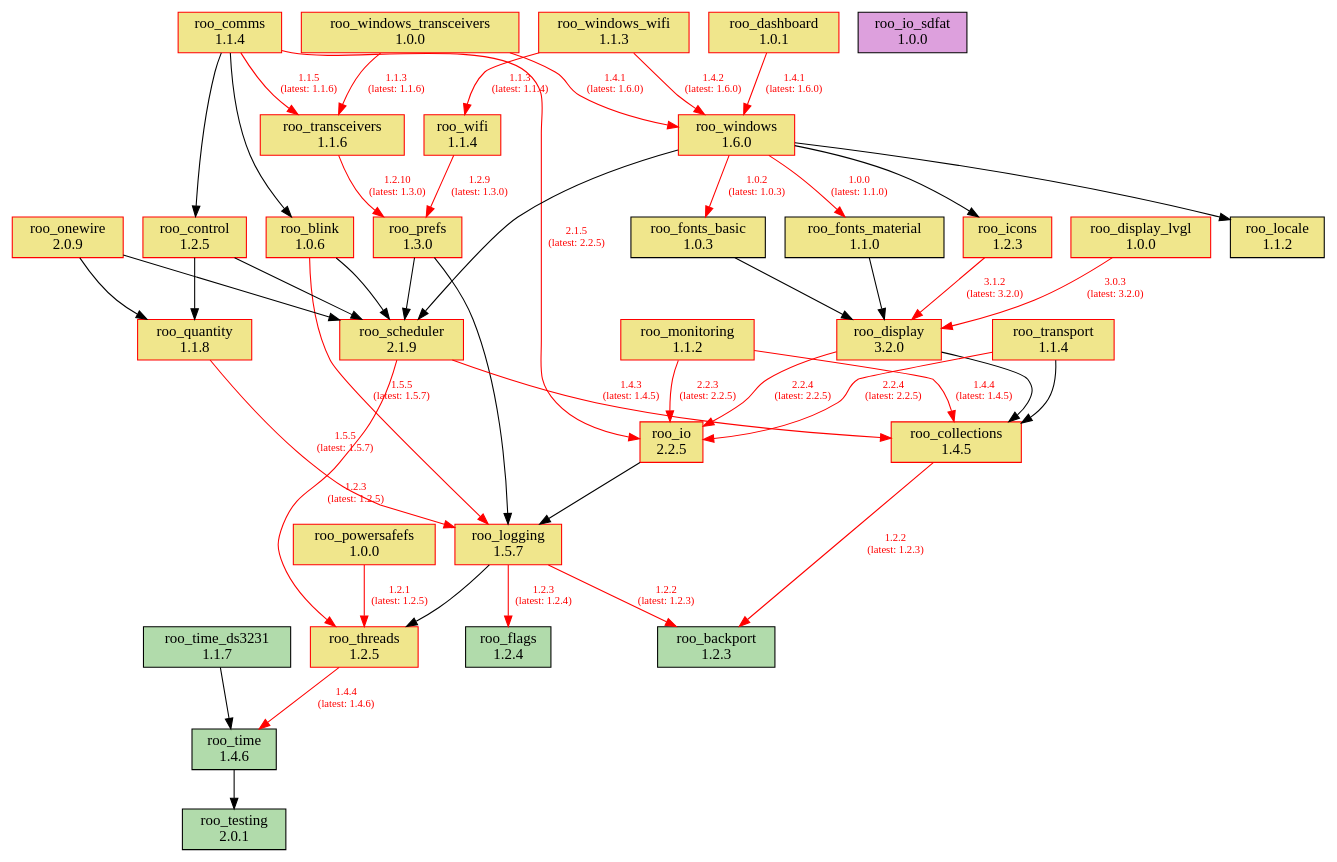
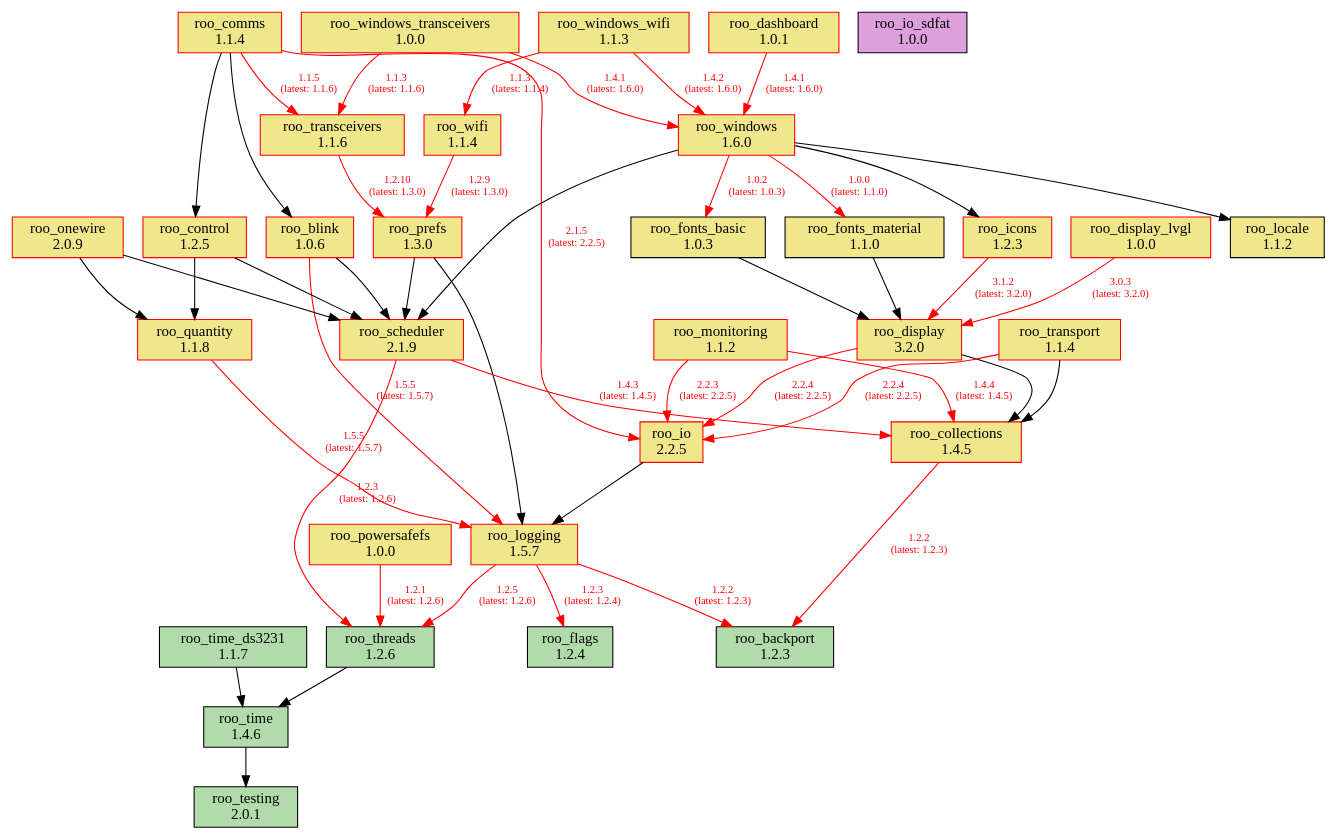
The diagram in doc/dependencies.dot (dejwk/roo-registry), drawn with Graphviz before and after one commit. The commit also changed 3 other files, not shown here.

Commit message:
Added roo_threads 1.2.6 to the registry.

```diff
--- a/doc/dependencies.dot
+++ b/doc/dependencies.dot
@@ -1,87 +1,87 @@
 digraph dependencies {
     rankdir=TB;
     node [shape=box, style=filled];
     edge [fontsize=10];
 
     // Modules
     "roo_backport" [label="roo_backport\n1.2.3", fillcolor="#b1dbab", color="black"];
     "roo_blink" [label="roo_blink\n1.0.6", fillcolor="khaki", color="red"];
     "roo_collections" [label="roo_collections\n1.4.5", fillcolor="khaki", color="red"];
     "roo_comms" [label="roo_comms\n1.1.4", fillcolor="khaki", color="red"];
     "roo_control" [label="roo_control\n1.2.5", fillcolor="khaki", color="red"];
     "roo_dashboard" [label="roo_dashboard\n1.0.1", fillcolor="khaki", color="red"];
     "roo_display" [label="roo_display\n3.2.0", fillcolor="khaki", color="red"];
     "roo_display_lvgl" [label="roo_display_lvgl\n1.0.0", fillcolor="khaki", color="red"];
     "roo_flags" [label="roo_flags\n1.2.4", fillcolor="#b1dbab", color="black"];
     "roo_fonts_basic" [label="roo_fonts_basic\n1.0.3", fillcolor="khaki", color="black"];
     "roo_fonts_material" [label="roo_fonts_material\n1.1.0", fillcolor="khaki", color="black"];
     "roo_icons" [label="roo_icons\n1.2.3", fillcolor="khaki", color="red"];
     "roo_io" [label="roo_io\n2.2.5", fillcolor="khaki", color="red"];
     "roo_io_sdfat" [label="roo_io_sdfat\n1.0.0", fillcolor="plum", color="black"];
     "roo_locale" [label="roo_locale\n1.1.2", fillcolor="khaki", color="black"];
     "roo_logging" [label="roo_logging\n1.5.7", fillcolor="khaki", color="red"];
     "roo_monitoring" [label="roo_monitoring\n1.1.2", fillcolor="khaki", color="red"];
     "roo_onewire" [label="roo_onewire\n2.0.9", fillcolor="khaki", color="red"];
     "roo_powersafefs" [label="roo_powersafefs\n1.0.0", fillcolor="khaki", color="red"];
     "roo_prefs" [label="roo_prefs\n1.3.0", fillcolor="khaki", color="red"];
     "roo_quantity" [label="roo_quantity\n1.1.8", fillcolor="khaki", color="red"];
     "roo_scheduler" [label="roo_scheduler\n2.1.9", fillcolor="khaki", color="red"];
     "roo_testing" [label="roo_testing\n2.0.1", fillcolor="#b1dbab", color="black"];
-    "roo_threads" [label="roo_threads\n1.2.5", fillcolor="khaki", color="red"];
+    "roo_threads" [label="roo_threads\n1.2.6", fillcolor="#b1dbab", color="black"];
     "roo_time" [label="roo_time\n1.4.6", fillcolor="#b1dbab", color="black"];
     "roo_time_ds3231" [label="roo_time_ds3231\n1.1.7", fillcolor="#b1dbab", color="black"];
     "roo_transceivers" [label="roo_transceivers\n1.1.6", fillcolor="khaki", color="red"];
     "roo_transport" [label="roo_transport\n1.1.4", fillcolor="khaki", color="red"];
     "roo_wifi" [label="roo_wifi\n1.1.4", fillcolor="khaki", color="red"];
     "roo_windows" [label="roo_windows\n1.6.0", fillcolor="khaki", color="red"];
     "roo_windows_transceivers" [label="roo_windows_transceivers\n1.0.0", fillcolor="khaki", color="red"];
     "roo_windows_wifi" [label="roo_windows_wifi\n1.1.3", fillcolor="khaki", color="red"];
 
     // Dependencies
     "roo_blink" -> "roo_logging" [color=red, fontcolor=red, label="1.5.5\n(latest: 1.5.7)"];
     "roo_blink" -> "roo_scheduler";
     "roo_collections" -> "roo_backport" [color=red, fontcolor=red, label="1.2.2\n(latest: 1.2.3)"];
     "roo_comms" -> "roo_blink";
     "roo_comms" -> "roo_control";
     "roo_comms" -> "roo_io" [color=red, fontcolor=red, label="2.1.5\n(latest: 2.2.5)"];
     "roo_comms" -> "roo_transceivers" [color=red, fontcolor=red, label="1.1.5\n(latest: 1.1.6)"];
     "roo_control" -> "roo_quantity";
     "roo_control" -> "roo_scheduler";
     "roo_dashboard" -> "roo_windows" [color=red, fontcolor=red, label="1.4.1\n(latest: 1.6.0)"];
     "roo_display" -> "roo_collections";
     "roo_display" -> "roo_io" [color=red, fontcolor=red, label="2.2.4\n(latest: 2.2.5)"];
     "roo_display_lvgl" -> "roo_display" [color=red, fontcolor=red, label="3.0.3\n(latest: 3.2.0)"];
     "roo_fonts_basic" -> "roo_display";
     "roo_fonts_material" -> "roo_display";
     "roo_icons" -> "roo_display" [color=red, fontcolor=red, label="3.1.2\n(latest: 3.2.0)"];
     "roo_io" -> "roo_logging";
     "roo_logging" -> "roo_backport" [color=red, fontcolor=red, label="1.2.2\n(latest: 1.2.3)"];
     "roo_logging" -> "roo_flags" [color=red, fontcolor=red, label="1.2.3\n(latest: 1.2.4)"];
-    "roo_logging" -> "roo_threads";
+    "roo_logging" -> "roo_threads" [color=red, fontcolor=red, label="1.2.5\n(latest: 1.2.6)"];
     "roo_monitoring" -> "roo_collections" [color=red, fontcolor=red, label="1.4.4\n(latest: 1.4.5)"];
     "roo_monitoring" -> "roo_io" [color=red, fontcolor=red, label="2.2.3\n(latest: 2.2.5)"];
     "roo_onewire" -> "roo_scheduler";
     "roo_onewire" -> "roo_quantity";
-    "roo_powersafefs" -> "roo_threads" [color=red, fontcolor=red, label="1.2.1\n(latest: 1.2.5)"];
+    "roo_powersafefs" -> "roo_threads" [color=red, fontcolor=red, label="1.2.1\n(latest: 1.2.6)"];
     "roo_prefs" -> "roo_logging";
     "roo_prefs" -> "roo_scheduler";
     "roo_quantity" -> "roo_logging" [color=red, fontcolor=red, label="1.5.5\n(latest: 1.5.7)"];
     "roo_scheduler" -> "roo_collections" [color=red, fontcolor=red, label="1.4.3\n(latest: 1.4.5)"];
-    "roo_scheduler" -> "roo_threads" [color=red, fontcolor=red, label="1.2.3\n(latest: 1.2.5)"];
-    "roo_threads" -> "roo_time" [color=red, fontcolor=red, label="1.4.4\n(latest: 1.4.6)"];
+    "roo_scheduler" -> "roo_threads" [color=red, fontcolor=red, label="1.2.3\n(latest: 1.2.6)"];
+    "roo_threads" -> "roo_time";
     "roo_time" -> "roo_testing";
     "roo_time_ds3231" -> "roo_time";
     "roo_transceivers" -> "roo_prefs" [color=red, fontcolor=red, label="1.2.10\n(latest: 1.3.0)"];
     "roo_transport" -> "roo_collections";
     "roo_transport" -> "roo_io" [color=red, fontcolor=red, label="2.2.4\n(latest: 2.2.5)"];
     "roo_wifi" -> "roo_prefs" [color=red, fontcolor=red, label="1.2.9\n(latest: 1.3.0)"];
     "roo_windows" -> "roo_fonts_basic" [color=red, fontcolor=red, label="1.0.2\n(latest: 1.0.3)"];
     "roo_windows" -> "roo_fonts_material" [color=red, fontcolor=red, label="1.0.0\n(latest: 1.1.0)"];
     "roo_windows" -> "roo_locale";
     "roo_windows" -> "roo_icons";
     "roo_windows" -> "roo_scheduler";
     "roo_windows_transceivers" -> "roo_transceivers" [color=red, fontcolor=red, label="1.1.3\n(latest: 1.1.6)"];
     "roo_windows_transceivers" -> "roo_windows" [color=red, fontcolor=red, label="1.4.1\n(latest: 1.6.0)"];
     "roo_windows_wifi" -> "roo_wifi" [color=red, fontcolor=red, label="1.1.3\n(latest: 1.1.4)"];
     "roo_windows_wifi" -> "roo_windows" [color=red, fontcolor=red, label="1.4.2\n(latest: 1.6.0)"];
 }
```
